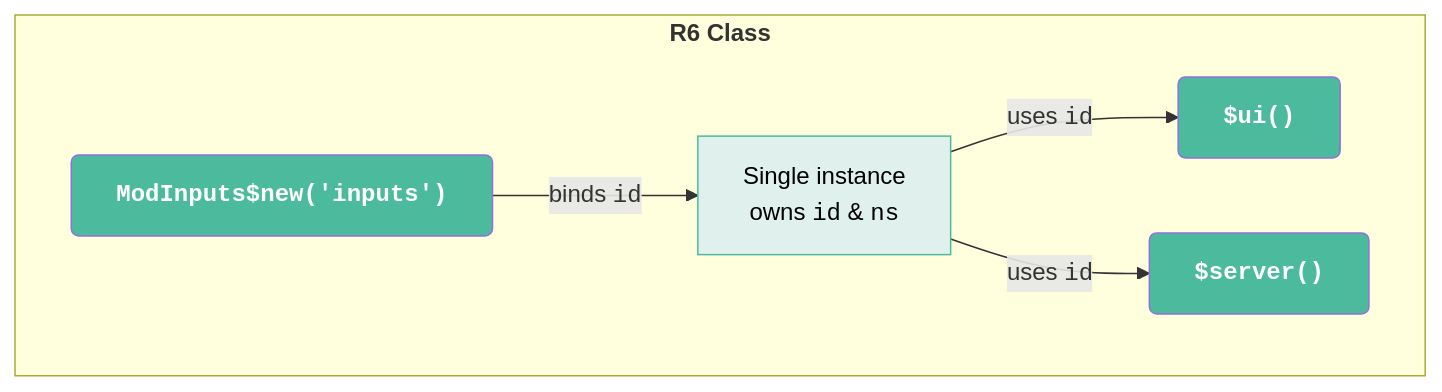
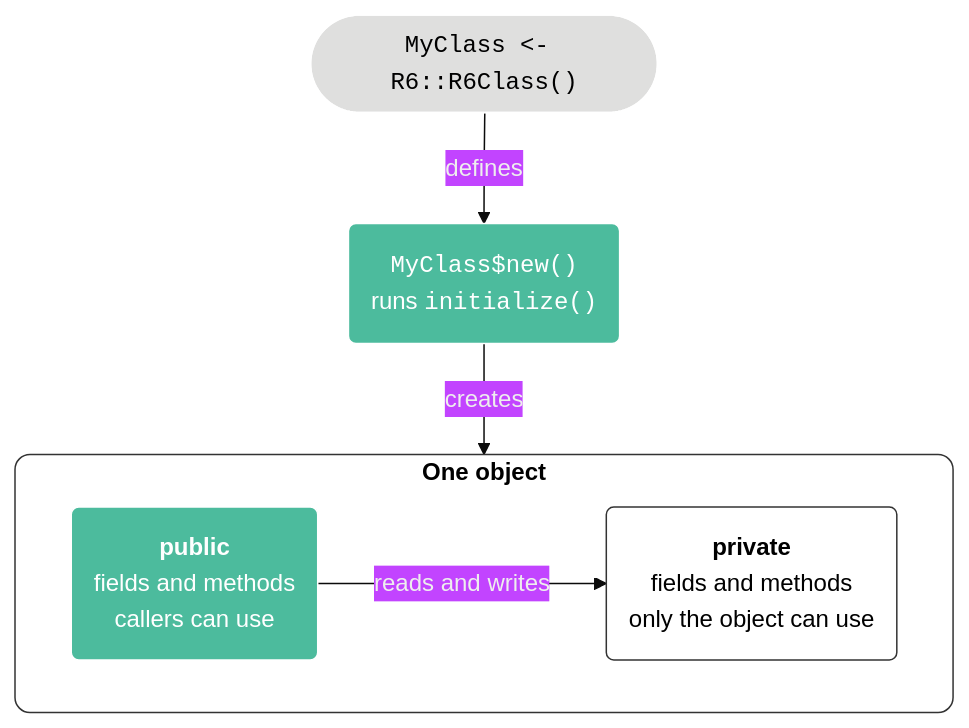
The first of 14 diagrams in posts/shiny-r6/index.qmd (mjfrigaard/mjfrigaard.github.io), drawn with Mermaid before and after one commit. The commit also changed other lines of this file and 17 other files, not shown here.

````diff
--- a/posts/shiny-r6/index.qmd
+++ b/posts/shiny-r6/index.qmd
@@ -312,26 +74,25 @@
 ```{mermaid}
 %%| eval: true
+%%| echo: false
 %%| fig-align: 'center'
-%%| fig-caption: 'Module Architecture: R6'
-%%| echo: false
-%%{init: {'theme': 'base', 'themeVariables': { 'fontFamily': 'monospace', "darkMode":true}}}}%%
-
+%%| fig-cap: 'Anatomy of an R6 class'
+%%{init: {'theme': 'base', 'themeVariables': { 'fontFamily': 'monospace', "darkMode":true}}}%%
 
 flowchart TD
-    subgraph R6Based["<strong>R6 Class</strong>"]
-        New["<strong>ModInputs$new('inputs')</strong>"]
-        Instance["Single instance<br/>owns <code>id</code> & <code>ns</code>"]
-        UiM["<strong>$ui()</strong>"]
-        ServM["<strong>$server()</strong>"]
+    Gen(["<code>MyClass &lt;- R6::R6Class()</code>"])
+    New("<code>MyClass$new()</code><br/>runs <code>initialize()</code>")
+    subgraph Obj["<strong>One object</strong>"]
+        Pub("<strong>public</strong><br/>fields and methods<br/>callers can use")
+        Priv("<strong>private</strong><br/>fields and methods<br/>only the object can use")
     end
 
-    New -->|"binds <code>id</code>"| Instance
-    Instance -->|"uses <code>id</code>"| UiM
-    Instance -->|"uses <code>id</code>"| ServM
+    Gen -->|"defines"| New
+    New -->|"creates"| Obj
+    Pub -->|"reads and writes"| Priv
 
-    style New fill:#4CBB9D,color:#FFFFFF,rx:5,ry:5,font-family:monospace
-    style Instance fill:#E0F0ED,color:#000000,stroke:#4CBB9D
-    style UiM fill:#4CBB9D,color:#FFFFFF,rx:5,ry:5,font-family:monospace
-    style ServM fill:#4CBB9D,color:#FFFFFF,rx:5,ry:5,font-family:monospace
-
+    style Gen fill:#dfdfde,color:#000000
+    style New fill:#4CBB9D,color:#FFFFFF,rx:5,ry:5
+    style Pub fill:#4CBB9D,color:#FFFFFF,rx:5,ry:5
+    style Priv fill:#FFFFFF,color:#000000,stroke:#333
+    style Obj fill:#FFFFFF,color:#000000,stroke:#333,stroke-width:1px,rx:10,ry:10
 ```
````
